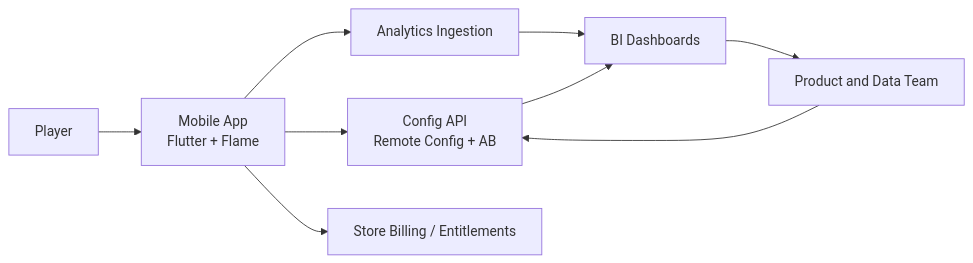
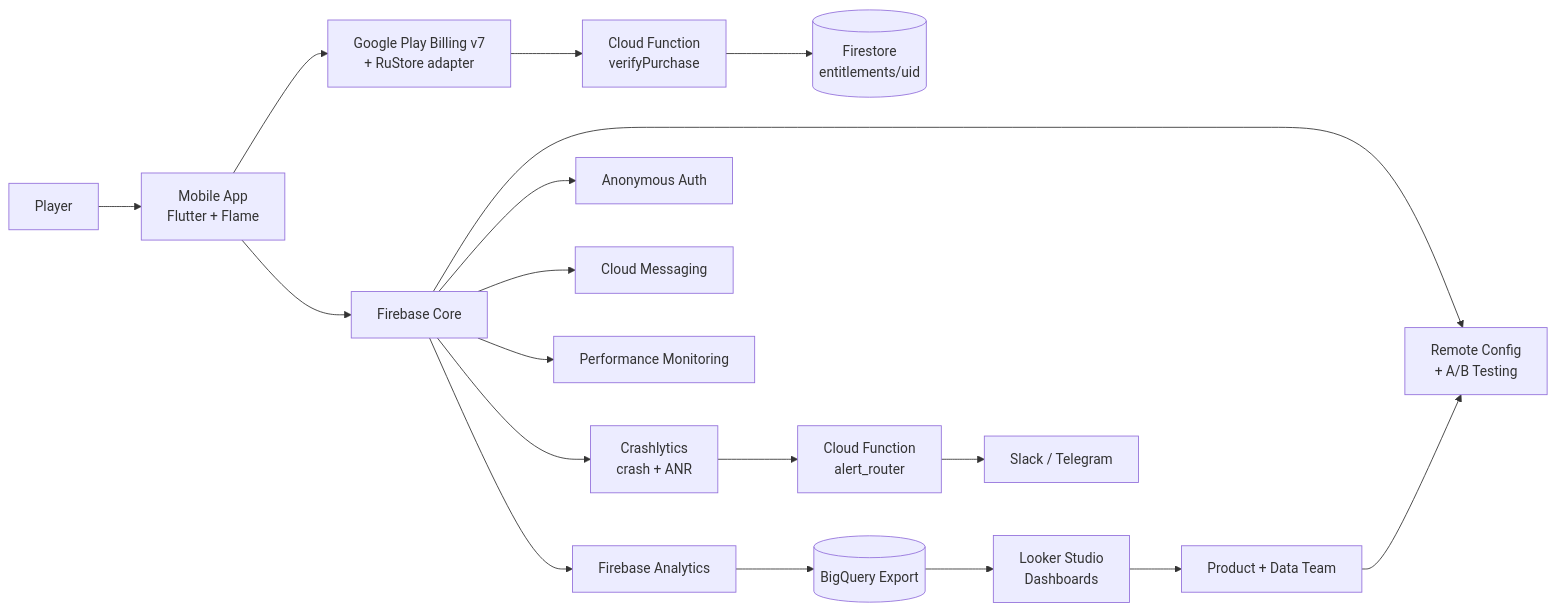
One commit to Linol-Hamelton/Block-Puzzle changed the first of 6 diagrams in docs/architecture/03_RELATION_MAP.md. Above: the diagram before and after it, drawn with Mermaid. The commit also changed other lines of this file and 51 other files, not shown here.

````diff
--- a/docs/architecture/03_RELATION_MAP.md
+++ b/docs/architecture/03_RELATION_MAP.md
@@ -4,11 +6,24 @@
 ```mermaid
 flowchart LR
   Player[Player] --> MobileApp[Mobile App\nFlutter + Flame]
-  MobileApp --> ConfigAPI[Config API\nRemote Config + AB]
-  MobileApp --> AnalyticsIngest[Analytics Ingestion]
-  MobileApp --> StoreBilling[Store Billing / Entitlements]
-  AnalyticsIngest --> BI[BI Dashboards]
-  ConfigAPI --> BI
-  BI --> ProductTeam[Product and Data Team]
-  ProductTeam --> ConfigAPI
+
+  MobileApp --> FirebaseCore[Firebase Core]
+  FirebaseCore --> Crashlytics[Crashlytics\ncrash + ANR]
+  FirebaseCore --> Analytics[Firebase Analytics]
+  FirebaseCore --> RemoteConfig[Remote Config\n+ A/B Testing]
+  FirebaseCore --> Auth[Anonymous Auth]
+  FirebaseCore --> FCM[Cloud Messaging]
+  FirebaseCore --> Perf[Performance Monitoring]
+
+  MobileApp --> Billing[Google Play Billing v7\n+ RuStore adapter]
+  Billing --> VerifyFn[Cloud Function\nverifyPurchase]
+  VerifyFn --> Firestore[(Firestore\nentitlements/uid)]
+
+  Analytics --> BigQuery[(BigQuery Export)]
+  BigQuery --> Looker[Looker Studio\nDashboards]
+  Crashlytics --> AlertFn[Cloud Function\nalert_router]
+  AlertFn --> Slack[Slack / Telegram]
+
+  Looker --> ProductTeam[Product + Data Team]
+  ProductTeam --> RemoteConfig
 ```
````
